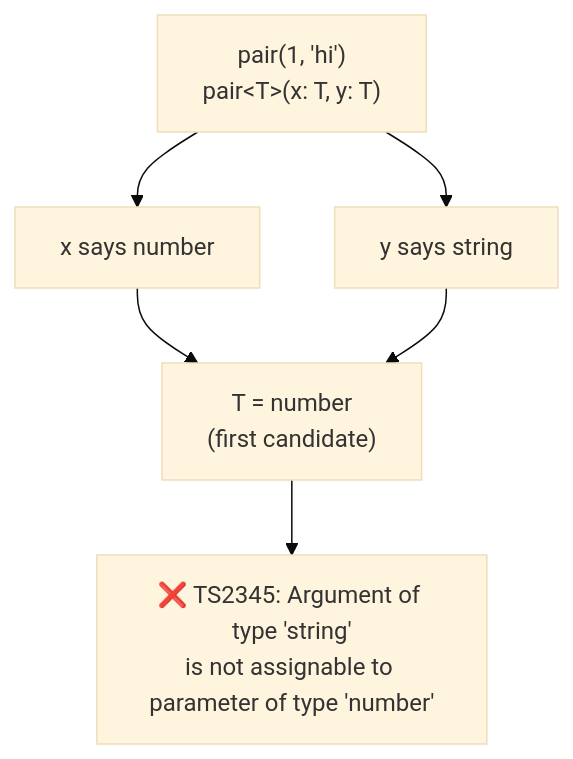
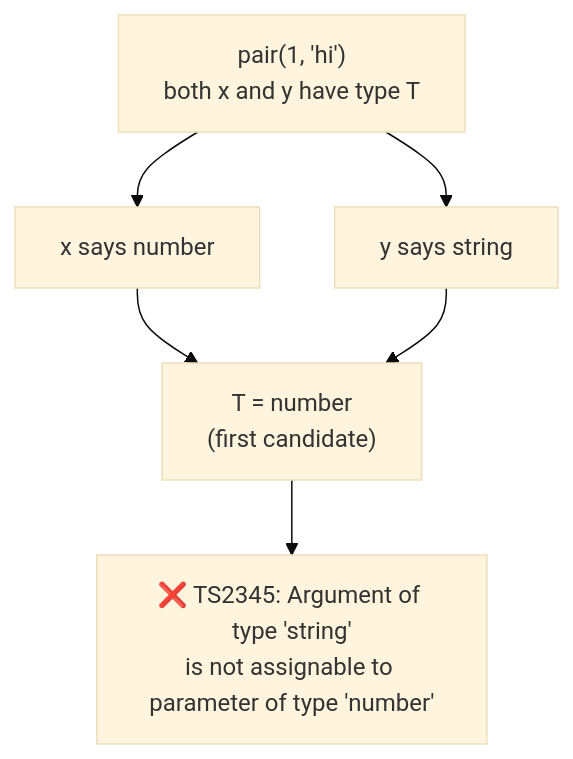
One commit to cheer-cho/LearningCourse--TypeScript--build-by-Claude-Code changed the second of 2 diagrams in playground/07-generics/lesson__how-T-is-picked.md. Above: the diagram before and after it, drawn with Mermaid (base theme). The commit also changed other lines of this file and 3 other files, not shown here.

````diff
--- a/playground/07-generics/lesson__how-T-is-picked.md
+++ b/playground/07-generics/lesson__how-T-is-picked.md
@@ -39,8 +61,8 @@
 ```mermaid
 flowchart TD
-    Call["pair(1, 'hi')<br/>pair&lt;T&gt;(x: T, y: T)"] --> X["x says number"]
+    Call["pair(1, 'hi')<br/>both x and y have type T"] --> X["x says number"]
     Call --> Y["y says string"]
     X --> Pick["T = number<br/>(first candidate)"]
     Y --> Pick
     Pick --> Err["❌ TS2345: Argument of type 'string'<br/>is not assignable to parameter of type 'number'"]
 ```
````
